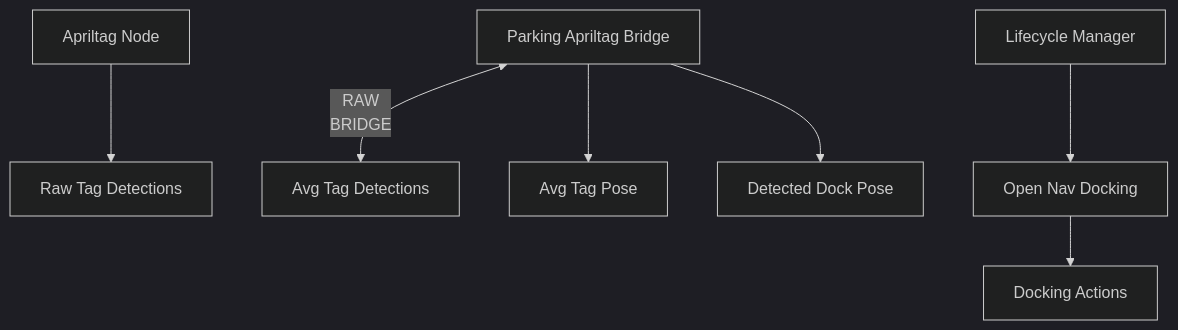
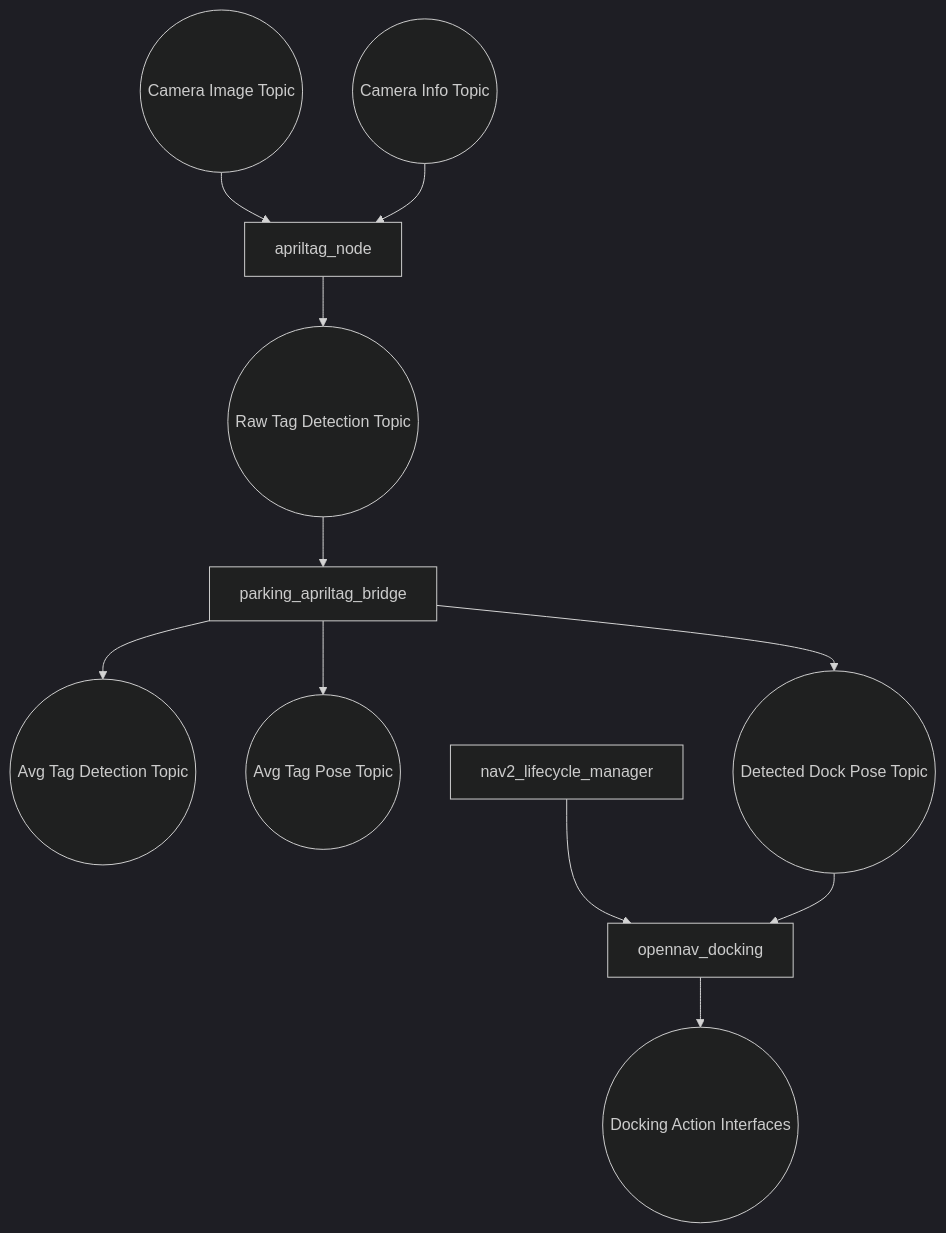
One commit to hwanhonglee/CAMROD changed the first of 2 diagrams in camrod_parking/README.md. Above: the diagram before and after it, drawn with Mermaid (dark theme). The commit also changed other lines of this file and 13 other files, not shown here.

Commit message:
docs(readme): clarify diagram semantics and avg_msgs interface-only role

````diff
--- a/camrod_parking/README.md
+++ b/camrod_parking/README.md
@@ -7,10 +7,15 @@
 ```mermaid
 graph TD
-  TAG[Apriltag Node] --> RAW[Raw Tag Detections]
-  BRIDGE[Parking Apriltag Bridge] <-- RAW
-  BRIDGE --> DET[Avg Tag Detections]
-  BRIDGE --> POSE[Avg Tag Pose]
-  BRIDGE --> DOCK[Detected Dock Pose]
-  OPN[Open Nav Docking] --> ACT[Docking Actions]
-  LIFE[Lifecycle Manager] --> OPN
+  IMG((Camera Image Topic)) --> TAG[apriltag_node]
+  CAMINFO((Camera Info Topic)) --> TAG
+  TAG --> RAW((Raw Tag Detection Topic))
+
+  RAW --> BRIDGE[parking_apriltag_bridge]
+  BRIDGE --> DET((Avg Tag Detection Topic))
+  BRIDGE --> POSE((Avg Tag Pose Topic))
+  BRIDGE --> DOCK((Detected Dock Pose Topic))
+
+  LIFE[nav2_lifecycle_manager] --> OPN[opennav_docking]
+  DOCK --> OPN
+  OPN --> ACT((Docking Action Interfaces))
 ```
````
